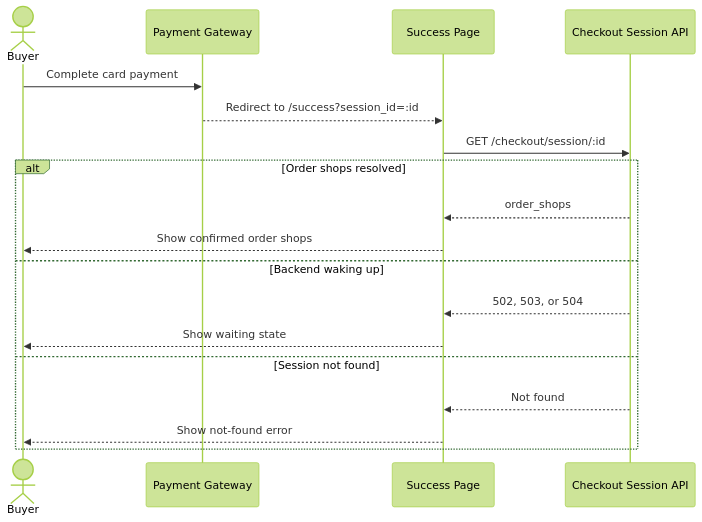
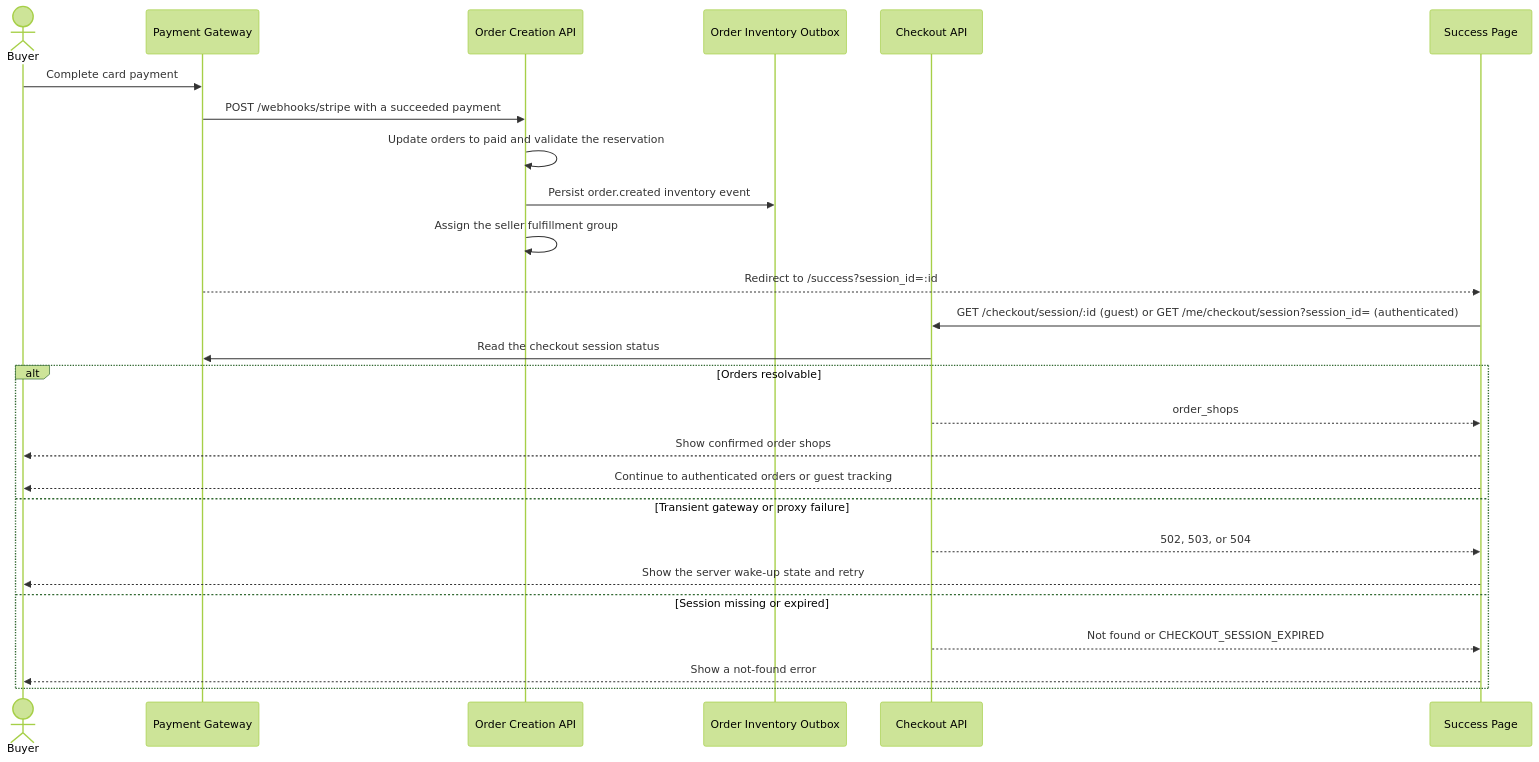
The diagram in docs/features/checkout/flows/card-payment-return.md (dauphaihau-arc/arc), drawn with Mermaid (forest theme) before and after one commit. The commit also changed other lines of this file and 19 other files, not shown here.

Commit message:
docs(checkout): align checkout flows with implemented API contracts

````diff
--- a/docs/features/checkout/flows/card-payment-return.md
+++ b/docs/features/checkout/flows/card-payment-return.md
@@ -5,21 +5,29 @@
 ```mermaid
 sequenceDiagram
     actor Buyer
     participant Payment as Payment Gateway
+    participant Order as Order Creation API
+    participant InventoryOutbox as Order Inventory Outbox
+    participant API as Checkout API
     participant Web as Success Page
-    participant API as Checkout Session API
 
     Buyer->>Payment: Complete card payment
+    Payment->>Order: POST /webhooks/stripe with a succeeded payment
+    Order->>Order: Update orders to paid and validate the reservation
+    Order->>InventoryOutbox: Persist order.created inventory event
+    Order->>Order: Assign the seller fulfillment group
     Payment-->>Web: Redirect to /success?session_id=:id
-    Web->>API: GET /checkout/session/:id
-    alt Order shops resolved
+    Web->>API: GET /checkout/session/:id (guest) or GET /me/checkout/session?session_id= (authenticated)
+    API->>Payment: Read the checkout session status
+    alt Orders resolvable
         API-->>Web: order_shops
         Web-->>Buyer: Show confirmed order shops
-    else Backend waking up
+        Web-->>Buyer: Continue to authenticated orders or guest tracking
+    else Transient gateway or proxy failure
         API-->>Web: 502, 503, or 504
-        Web-->>Buyer: Show waiting state
-    else Session not found
-        API-->>Web: Not found
-        Web-->>Buyer: Show not-found error
+        Web-->>Buyer: Show the server wake-up state and retry
+    else Session missing or expired
+        API-->>Web: Not found or CHECKOUT_SESSION_EXPIRED
+        Web-->>Buyer: Show a not-found error
     end
 ```
````
